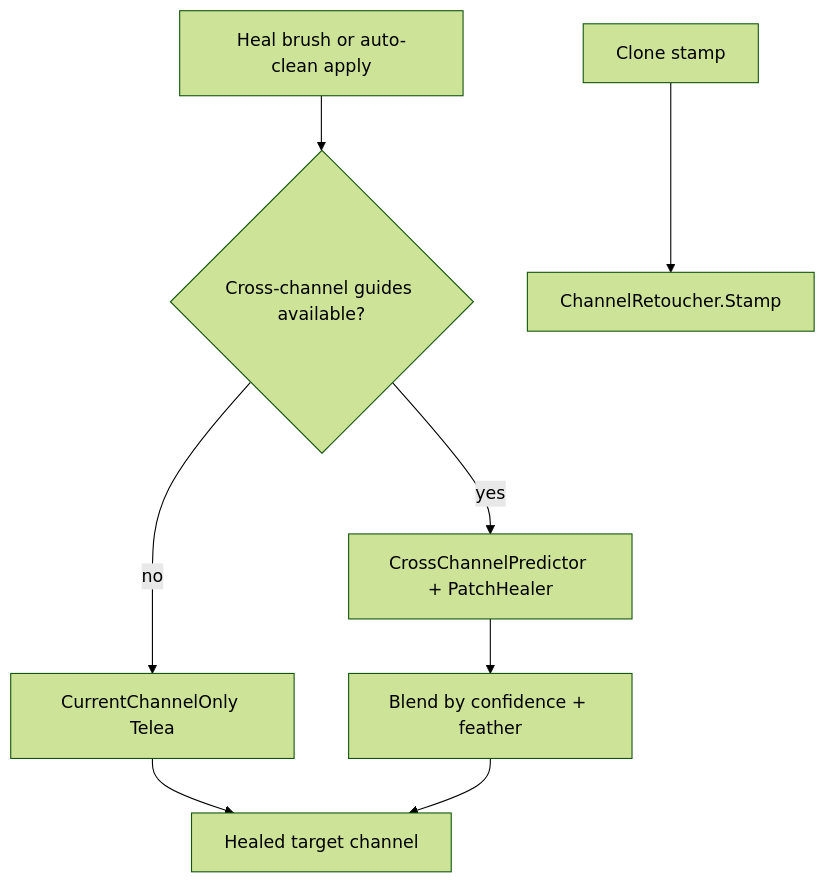
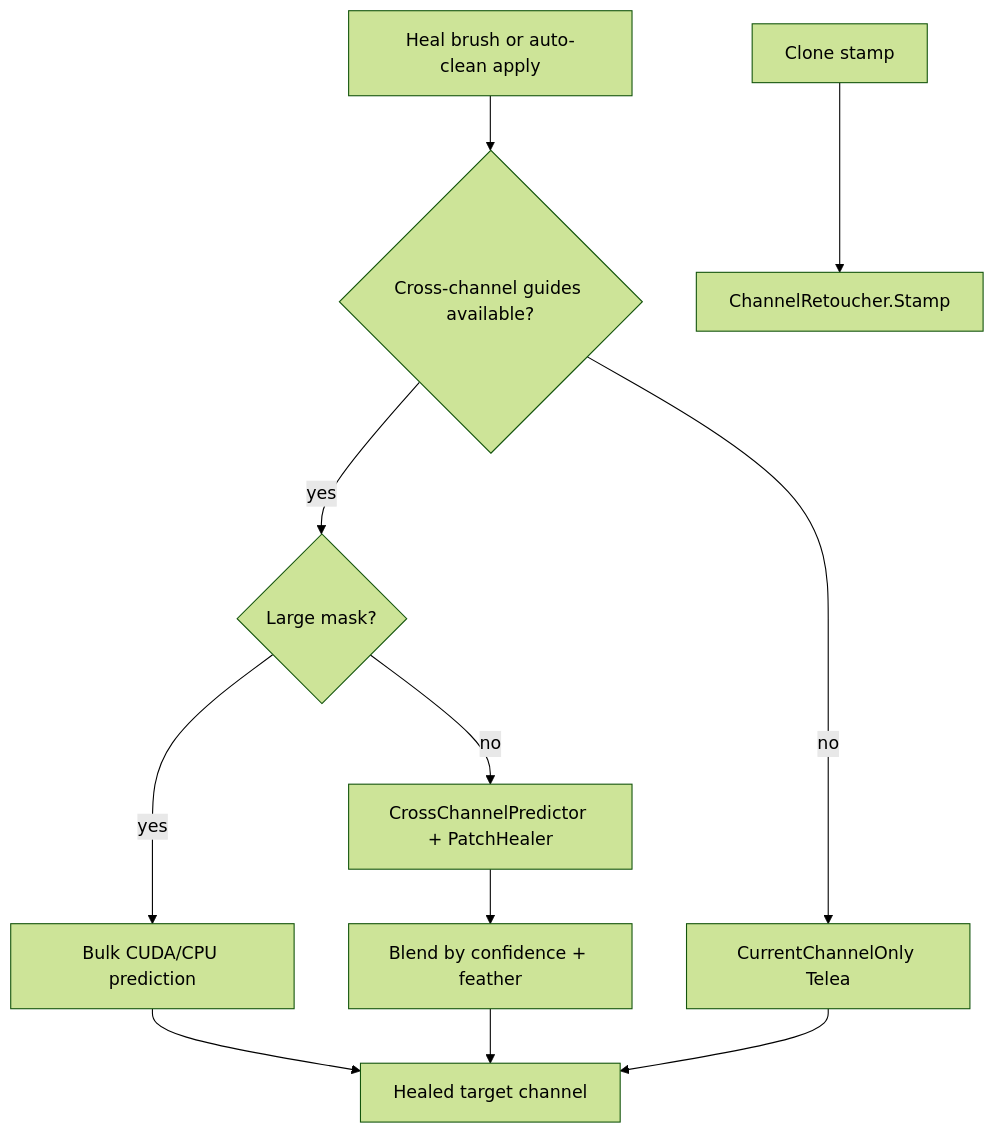
One commit to antsht/-Prokudin changed the second of 3 diagrams in docs/architecture.md. Above: the diagram before and after it, drawn with Mermaid (forest theme). The commit also changed other lines of this file and 11 other files, not shown here.

````diff
--- a/docs/architecture.md
+++ b/docs/architecture.md
@@ -111,11 +115,14 @@
 ```mermaid
 flowchart TD
   stroke[Heal brush or auto-clean apply]
   stroke --> guides{Cross-channel guides available?}
-  guides -->|yes| cc[CrossChannelPredictor + PatchHealer]
+  guides -->|yes| large{Large mask?}
+  large -->|yes| bulk[Bulk CUDA/CPU prediction]
+  large -->|no| cc[CrossChannelPredictor + PatchHealer]
   guides -->|no| fallback[CurrentChannelOnly Telea]
   cc --> blend[Blend by confidence + feather]
+  bulk --> out[Healed target channel]
   fallback --> out[Healed target channel]
   blend --> out
   stamp[Clone stamp] --> copy[ChannelRetoucher.Stamp]
 ```
````
